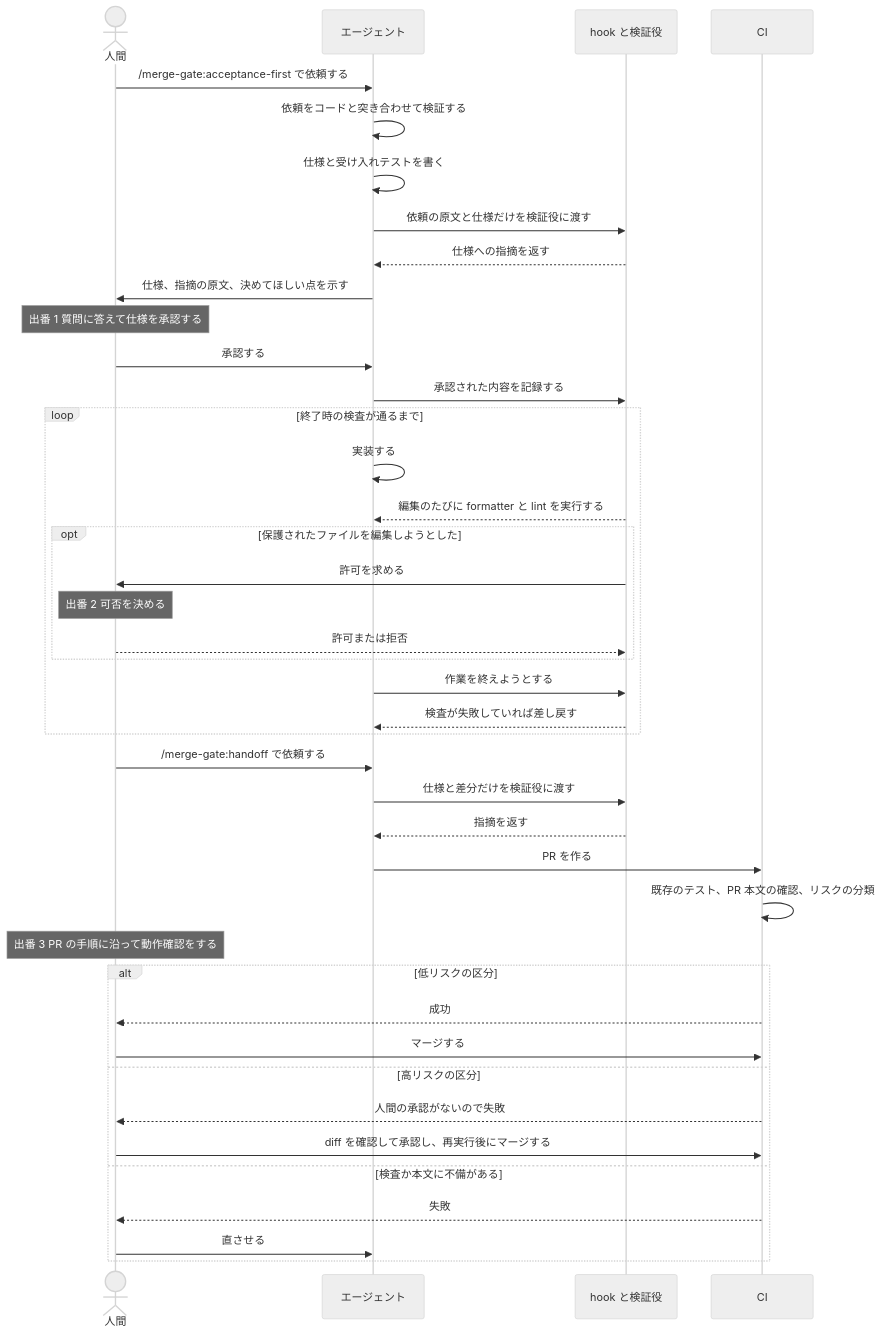
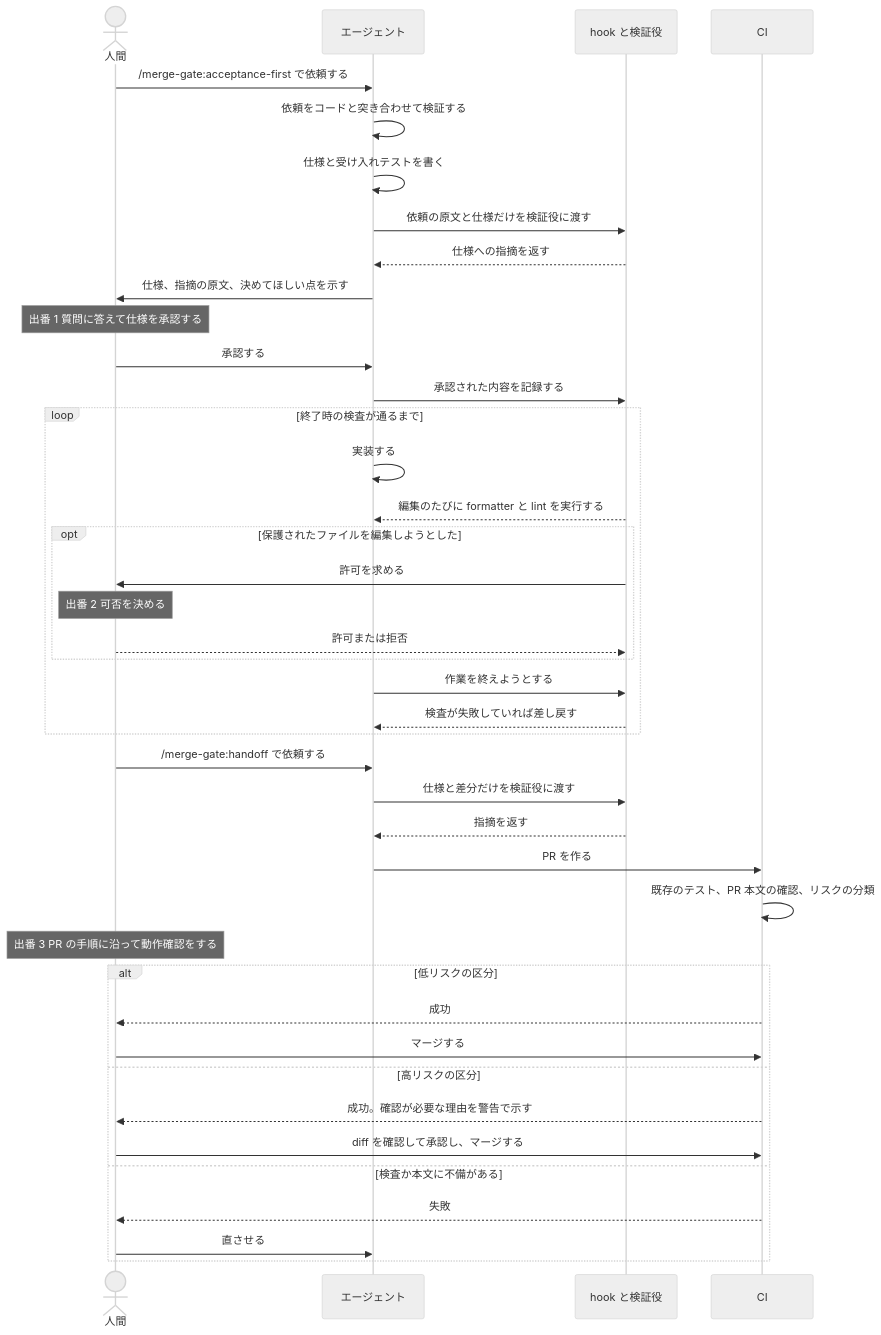
One commit to shoooout/merge-gate-harness changed the second of 2 diagrams in README.md. Above: the diagram before and after it, drawn with Mermaid (neutral theme). The commit also changed other lines of this file and 2 other files, not shown here.

````diff
--- a/README.md
+++ b/README.md
@@ -207,47 +205,47 @@
 ```mermaid
 sequenceDiagram
     actor H as 人間
     participant A as エージェント
     participant G as hook と検証役
     participant C as CI
 
     H->>A: /merge-gate:acceptance-first で依頼する
     A->>A: 依頼をコードと突き合わせて検証する
     A->>A: 仕様と受け入れテストを書く
     A->>G: 依頼の原文と仕様だけを検証役に渡す
     G-->>A: 仕様への指摘を返す
     A->>H: 仕様、指摘の原文、決めてほしい点を示す
     Note over H: 出番 1 質問に答えて仕様を承認する
     H->>A: 承認する
     A->>G: 承認された内容を記録する
 
     loop 終了時の検査が通るまで
         A->>A: 実装する
         G-->>A: 編集のたびに formatter と lint を実行する
         opt 保護されたファイルを編集しようとした
             G->>H: 許可を求める
             Note over H: 出番 2 可否を決める
             H-->>G: 許可または拒否
         end
         A->>G: 作業を終えようとする
         G-->>A: 検査が失敗していれば差し戻す
     end
 
     H->>A: /merge-gate:handoff で依頼する
     A->>G: 仕様と差分だけを検証役に渡す
     G-->>A: 指摘を返す
     A->>C: PR を作る
     C->>C: 既存のテスト、PR 本文の確認、リスクの分類
 
     Note over H: 出番 3 PR の手順に沿って動作確認をする
     alt 低リスクの区分
         C-->>H: 成功
         H->>C: マージする
     else 高リスクの区分
-        C-->>H: 人間の承認がないので失敗
-        H->>C: diff を確認して承認し、再実行後にマージする
+        C-->>H: 成功。確認が必要な理由を警告で示す
+        H->>C: diff を確認して承認し、マージする
     else 検査か本文に不備がある
         C-->>H: 失敗
         H->>A: 直させる
     end
 ```
````
